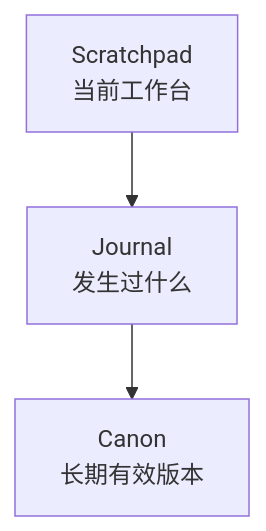
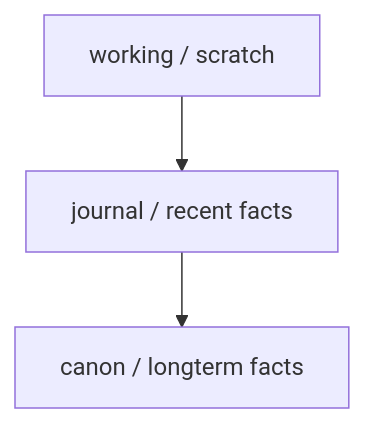
The second of 2 diagrams in homepage/content/devdocs/zh/services/memory-design.mdx (wangenius/downcity), drawn with Mermaid before and after one commit. The commit also changed other lines of this file and 37 other files, not shown here.

````diff
--- a/homepage/content/devdocs/zh/services/memory-design.mdx
+++ b/homepage/content/devdocs/zh/services/memory-design.mdx
@@ -169,9 +119,9 @@
 ```mermaid
 flowchart TD
-  S["Scratchpad<br/>当前工作台"]
-  J["Journal<br/>发生过什么"]
-  C["Canon<br/>长期有效版本"]
+  S["working / scratch"]
+  J["journal / recent facts"]
+  C["canon / longterm facts"]
 
   S --> J
   J --> C
 ```
````
